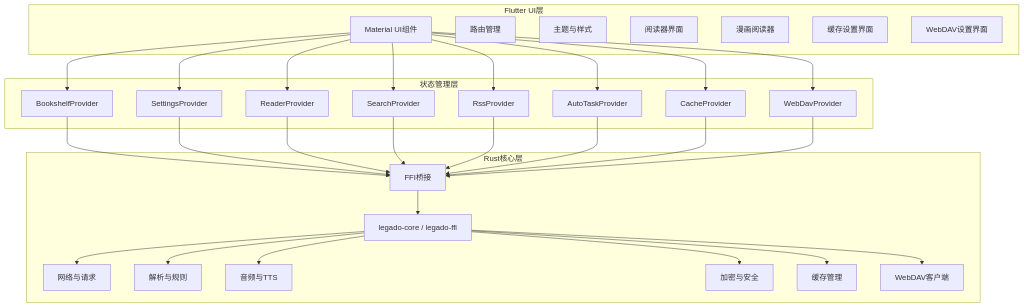
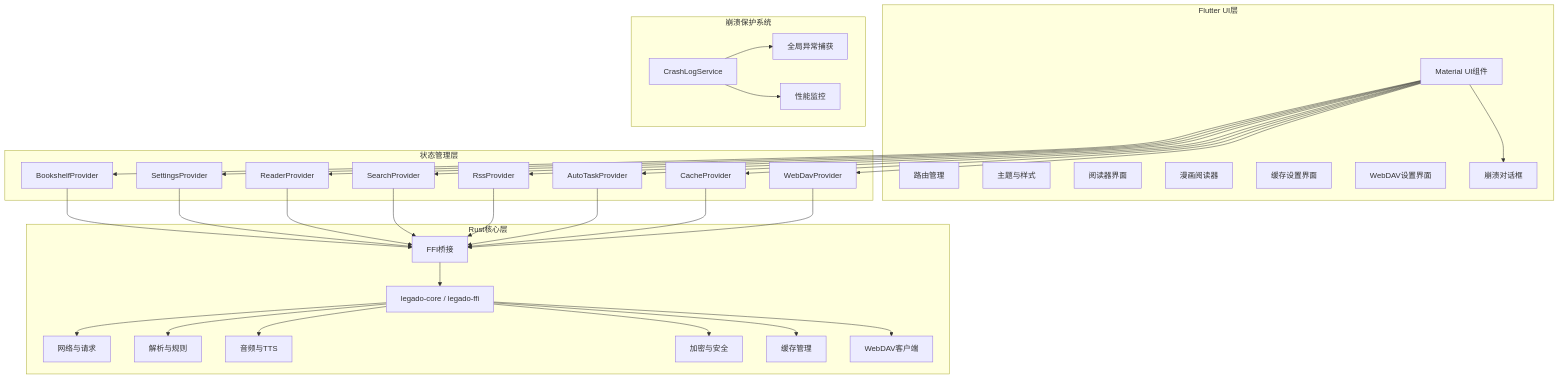
Before and after one commit to ZhangGHGitHub/LegadoTeamFlutter: the second of 10 diagrams in .qoder/repowiki/zh/content/Flutter跨平台应用/Flutter跨平台应用.md, drawn with Mermaid. The commit also changed other lines of this file and 68 other files, not shown here.

````diff
--- a/.qoder/repowiki/zh/content/Flutter跨平台应用/Flutter跨平台应用.md
+++ b/.qoder/repowiki/zh/content/Flutter跨平台应用/Flutter跨平台应用.md
@@ -120,55 +122,64 @@
 ```mermaid
 graph TB
 subgraph "Flutter UI层"
 UI["Material UI组件"]
 Router["路由管理"]
 Theme["主题与样式"]
 Reader["阅读器界面"]
 ComicReader["漫画阅读器"]
 CacheSettings["缓存设置界面"]
 WebDavSettings["WebDAV设置界面"]
+CrashDialog["崩溃对话框"]
 end
 subgraph "状态管理层"
 PBookshelf["BookshelfProvider"]
 PSettings["SettingsProvider"]
 PReader["ReaderProvider"]
 PSearch["SearchProvider"]
 PRss["RssProvider"]
 PAuto["AutoTaskProvider"]
 PCache["CacheProvider"]
 PWebDav["WebDavProvider"]
+end
+subgraph "崩溃保护系统"
+CrashService["CrashLogService"]
+ErrorCapture["全局异常捕获"]
+PerformanceMonitor["性能监控"]
 end
 subgraph "Rust核心层"
 FFI["FFI桥接"]
 Core["legado-core / legado-ffi"]
 Net["网络与请求"]
 Parse["解析与规则"]
 Audio["音频与TTS"]
 Crypto["加密与安全"]
 Cache["缓存管理"]
 WebDav["WebDAV客户端"]
 end
 UI --> PBookshelf
 UI --> PSettings
 UI --> PReader
 UI --> PSearch
 UI --> PRss
 UI --> PAuto
 UI --> PCache
 UI --> PWebDav
+UI --> CrashDialog
 PBookshelf --> FFI
 PSettings --> FFI
 PReader --> FFI
 PSearch --> FFI
 PRss --> FFI
 PAuto --> FFI
 PCache --> FFI
 PWebDav --> FFI
+CrashService --> ErrorCapture
+CrashService --> PerformanceMonitor
 FFI --> Core
 Core --> Net
 Core --> Parse
 Core --> Audio
 Core --> Crypto
 Core --> Cache
 Core --> WebDav
 ```
````
